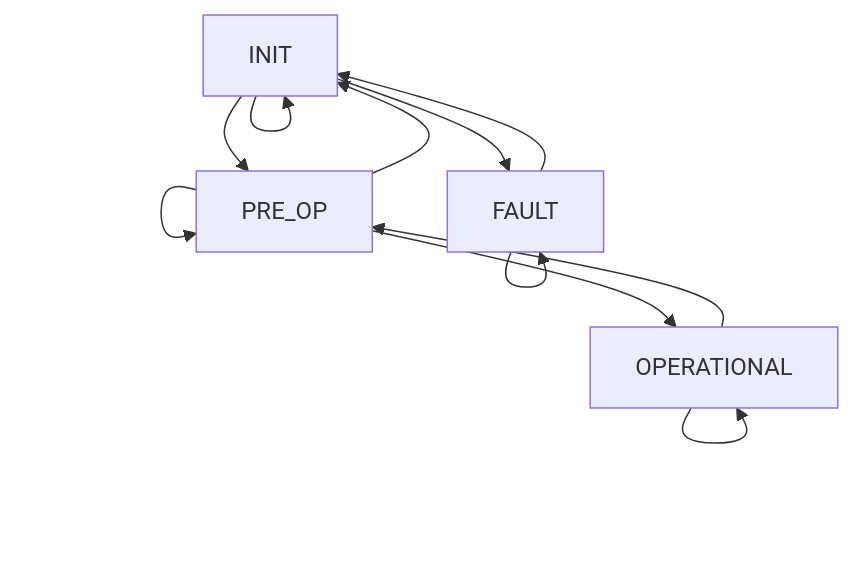
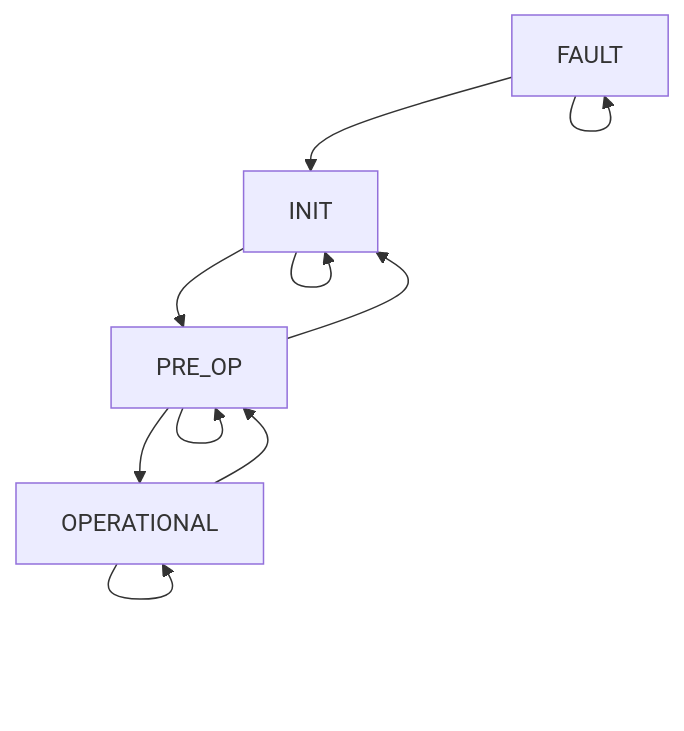
One commit to memoizelabs/Fork changed the diagram in README.md. Above: the diagram before and after it, drawn with Mermaid. The commit also changed other lines of this file, not shown here.

````diff
--- a/README.md
+++ b/README.md
@@ -58,13 +58,12 @@
 ```mermaid
 graph TD
     INIT --> PRE_OP
-    INIT --> FAULT
     INIT --> INIT
     PRE_OP --> OPERATIONAL
     PRE_OP --> INIT
     PRE_OP --> PRE_OP
     FAULT --> INIT
     FAULT --> FAULT
     OPERATIONAL --> PRE_OP
     OPERATIONAL --> OPERATIONAL
 ```
````
